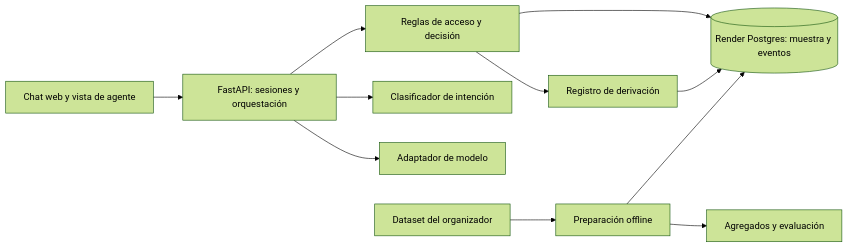
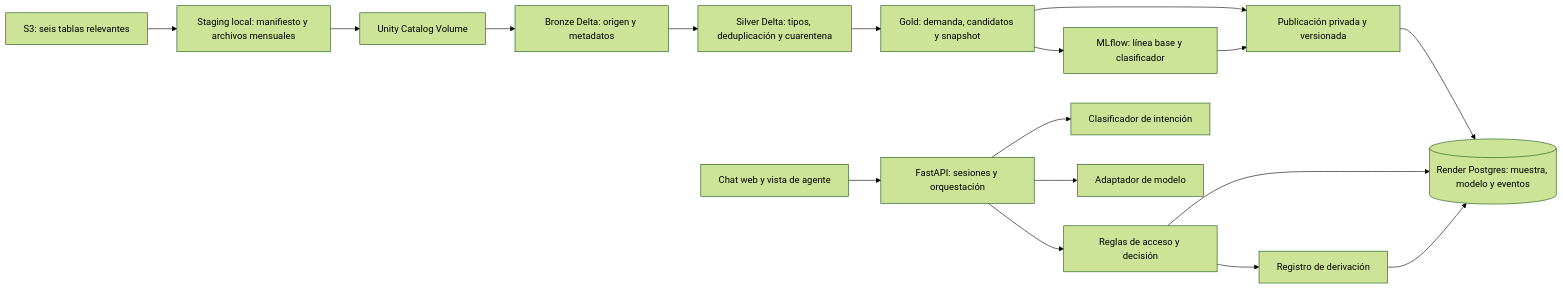
Before and after one commit to BoteroJE/factored-hackathon-2026-data-lorians: the diagram in docs/plan/02-arquitectura.md, drawn with Mermaid (forest theme). The commit also changed other lines of this file and 8 other files, not shown here.

````diff
--- a/docs/plan/02-arquitectura.md
+++ b/docs/plan/02-arquitectura.md
@@ -7,13 +7,19 @@
 ```mermaid
 flowchart LR
+  S3[S3: seis tablas relevantes] --> STAGE[Staging local: manifiesto y archivos mensuales]
+  STAGE --> VOLUME[Unity Catalog Volume]
+  VOLUME --> BRONZE[Bronze Delta: origen y metadatos]
+  BRONZE --> SILVER[Silver Delta: tipos, deduplicación y cuarentena]
+  SILVER --> GOLD[Gold: demanda, candidatos y snapshot]
+  GOLD --> TRAIN[MLflow: línea base y clasificador]
+  GOLD --> PUB[Publicación privada y versionada]
+  TRAIN --> PUB
+  PUB --> DB[(Render Postgres: muestra, modelo y eventos)]
   UI[Chat web y vista de agente] --> API[FastAPI: sesiones y orquestación]
   API --> RULES[Reglas de acceso y decisión]
-  RULES --> DB[(Render Postgres: muestra y eventos)]
+  RULES --> DB
   API --> INTENT[Clasificador de intención]
   API --> LLM[Adaptador de modelo]
   RULES --> HANDOFF[Registro de derivación]
   HANDOFF --> DB
-  S3[Dataset del organizador] --> ETL[Preparación offline]
-  ETL --> DB
-  ETL --> REPORT[Agregados y evaluación]
 ```
````
